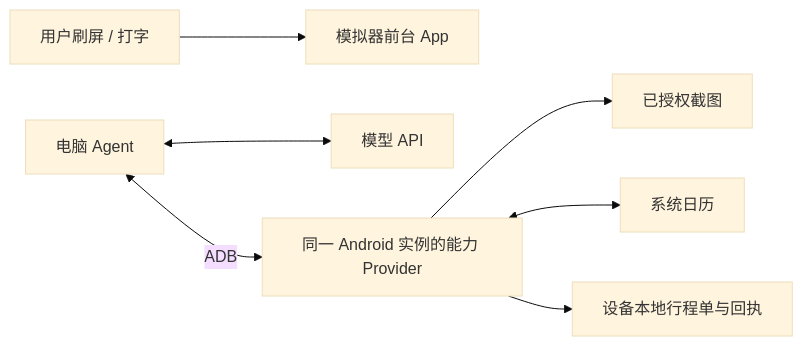
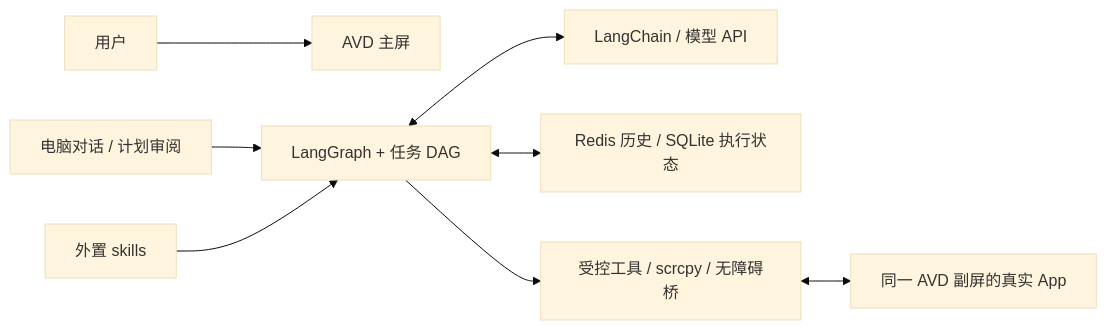
The diagram in README.md (Youkinaa/wellphone), drawn with Mermaid (base theme) before and after one commit. The commit also changed other lines of this file and 5 other files, not shown here.

````diff
--- a/README.md
+++ b/README.md
@@ -7,9 +7,10 @@
 ```mermaid
 flowchart LR
-    U[用户刷屏 / 打字] --> F[模拟器前台 App]
-    P[电脑 Agent] <--> M[模型 API]
-    P <-->|ADB| C[同一 Android 实例的能力 Provider]
-    C --> I[已授权截图]
-    C <--> K[系统日历]
-    C --> R[设备本地行程单与回执]
+    U[用户] --> MAIN[AVD 主屏]
+    C[电脑对话 / 计划审阅] --> G[LangGraph + 任务 DAG]
+    S[外置 skills] --> G
+    G <--> L[LangChain / 模型 API]
+    G <--> R[Redis 历史 / SQLite 执行状态]
+    G --> T[受控工具 / scrcpy / 无障碍桥]
+    T <--> SUB[同一 AVD 副屏的真实 App]
 ```
````
